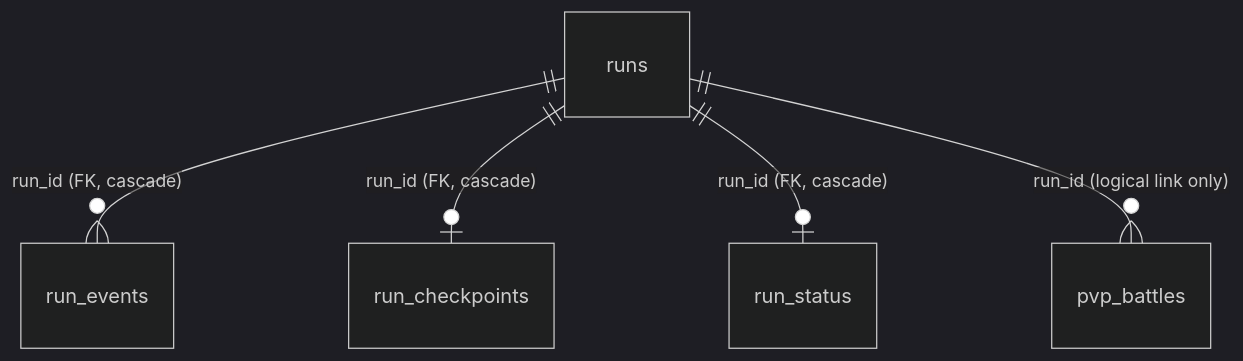
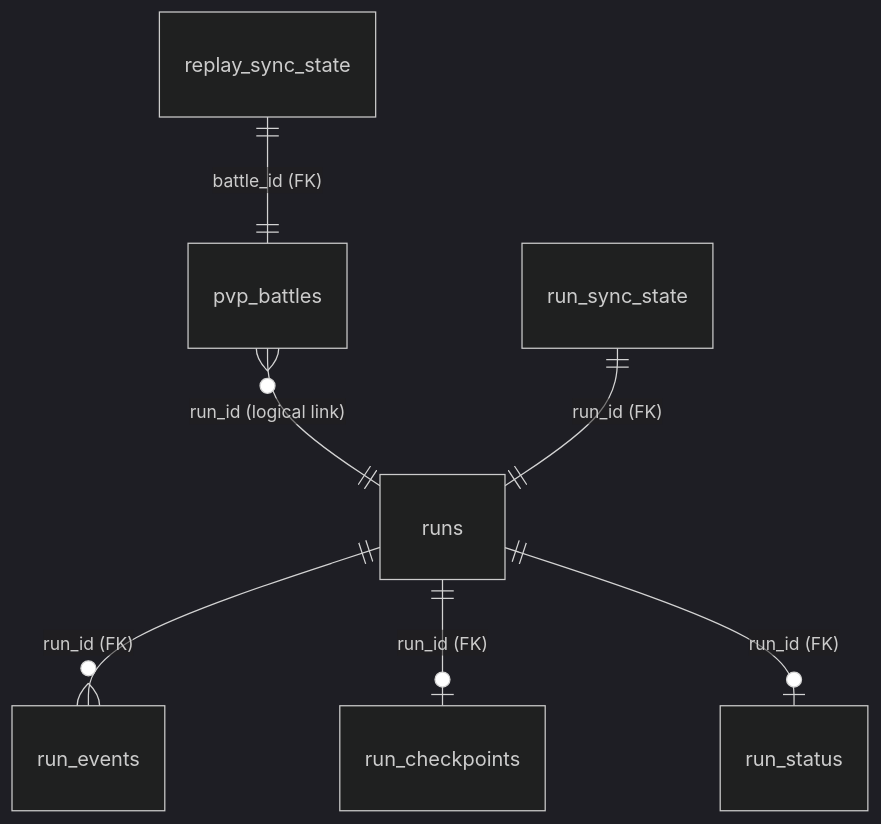
The diagram in docs/reference/sqlite-schema-reference.md (BazaarPlusPlus/bazaarplusplus-mod), drawn with Mermaid (dark theme) before and after one commit. The commit also changed other lines of this file and 16 other files, not shown here.

````diff
--- a/docs/reference/sqlite-schema-reference.md
+++ b/docs/reference/sqlite-schema-reference.md
@@ -69,7 +42,9 @@
 ```mermaid
 erDiagram
-    runs ||--o{ run_events : "run_id (FK, cascade)"
-    runs ||--o| run_checkpoints : "run_id (FK, cascade)"
-    runs ||--o| run_status : "run_id (FK, cascade)"
-    runs ||--o{ pvp_battles : "run_id (logical link only)"
+    runs ||--o{ run_events : "run_id (FK)"
+    runs ||--o| run_checkpoints : "run_id (FK)"
+    runs ||--o| run_status : "run_id (FK)"
+    pvp_battles }o--|| runs : "run_id (logical link)"
+    run_sync_state ||--|| runs : "run_id (FK)"
+    replay_sync_state ||--|| pvp_battles : "battle_id (FK)"
 ```
````
